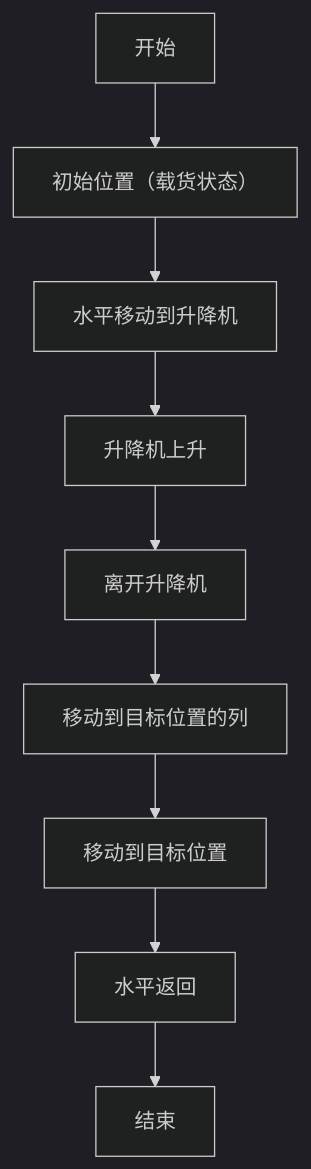
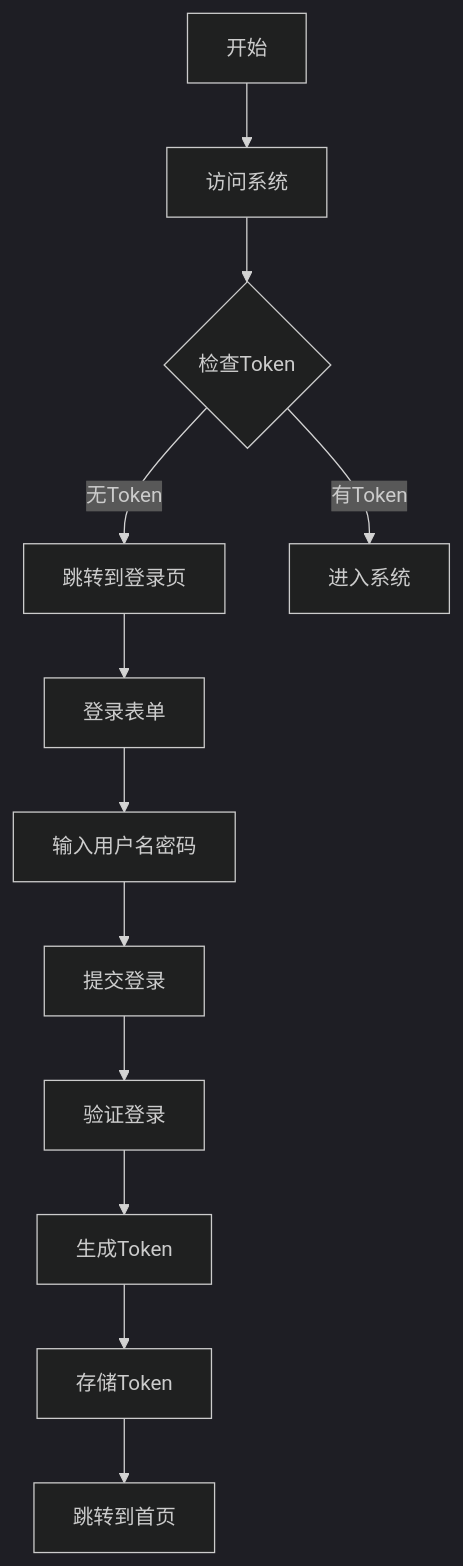
The diagram in all/未命名-1.md (Mrmilu212/iodraw-files), drawn with Mermaid (dark theme) before and after one commit.

Commit message:
2025-05-20 15:39:17 update

````diff
--- a/all/未命名-1.md
+++ b/all/未命名-1.md
@@ -1,11 +1,15 @@
 ```mermaid
 graph TD
-    A[开始] --> B[初始位置（载货状态）]
-    B --> C[水平移动到升降机]
-    C --> D[升降机上升]
-    D --> E[离开升降机]
-    E --> F[移动到目标位置的列]
-    F --> I[移动到目标位置]
-    I --> G[水平返回]
-    G --> H[结束]
+    A[开始] --> B[访问系统]
+    B --> C{检查Token}
+    C -->|无Token| D[跳转到登录页]
+    C -->|有Token| E[进入系统]
+    
+    D --> F[登录表单]
+    F --> G[输入用户名密码]
+    G --> H[提交登录]
+    H --> I[验证登录]
+    I --> J[生成Token]
+    J --> K[存储Token]
+    K --> L[跳转到首页]
 ```
````
